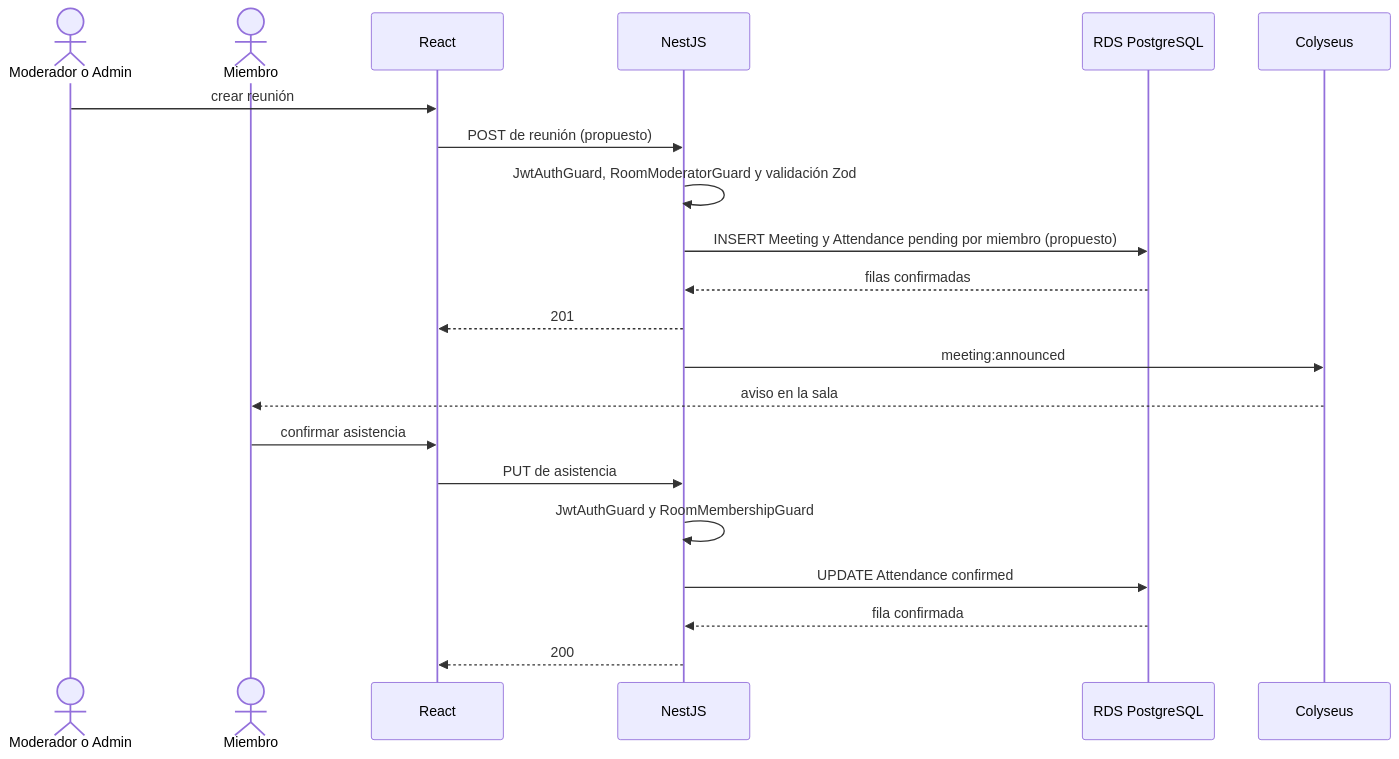
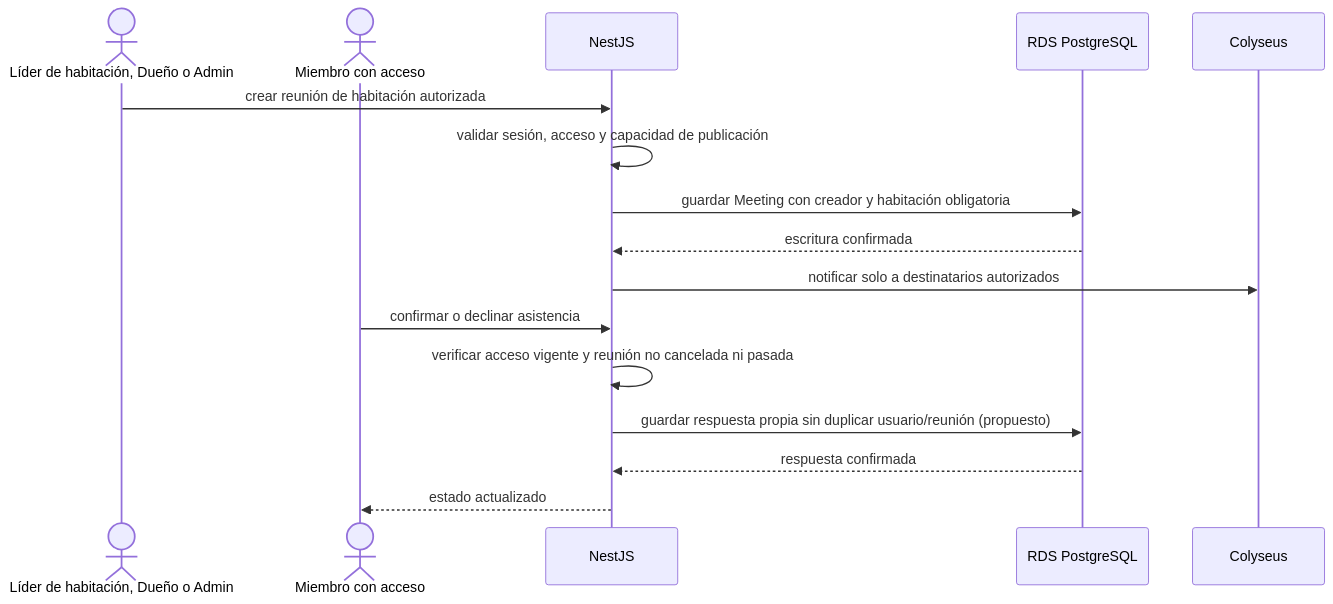
One commit to Agustin742/integratec-final-back changed the fourth of 6 diagrams in docs/diagrams/04-behavioral/admin-flows.md. Above: the diagram before and after it, drawn with Mermaid. The commit also changed other lines of this file, not shown here.

Commit message:
docs(diagrams): model office lifecycle and scoped administration flows

````diff
--- a/docs/diagrams/04-behavioral/admin-flows.md
+++ b/docs/diagrams/04-behavioral/admin-flows.md
@@ -129,24 +118,19 @@
 ```mermaid
 sequenceDiagram
-    actor admin as Moderador o Admin
-    actor member as Miembro
-    participant web as React
+    actor publisher as Líder de habitación, Dueño o Admin
+    actor member as Miembro con acceso
     participant api as NestJS
     participant db as RDS PostgreSQL
-    participant colyseus as Colyseus
+    participant col as Colyseus
 
-    admin->>web: crear reunión
-    web->>api: POST de reunión (propuesto)
-    api->>api: JwtAuthGuard, RoomModeratorGuard y validación Zod
-    api->>db: INSERT Meeting y Attendance pending por miembro (propuesto)
-    db-->>api: filas confirmadas
-    api-->>web: 201
-    api->>colyseus: meeting:announced
-    colyseus-->>member: aviso en la sala
-    member->>web: confirmar asistencia
-    web->>api: PUT de asistencia
-    api->>api: JwtAuthGuard y RoomMembershipGuard
-    api->>db: UPDATE Attendance confirmed
-    db-->>api: fila confirmada
-    api-->>web: 200
+    publisher->>api: crear reunión de habitación autorizada
+    api->>api: validar sesión, acceso y capacidad de publicación
+    api->>db: guardar Meeting con creador y habitación obligatoria
+    db-->>api: escritura confirmada
+    api->>col: notificar solo a destinatarios autorizados
+    member->>api: confirmar o declinar asistencia
+    api->>api: verificar acceso vigente y reunión no cancelada ni pasada
+    api->>db: guardar respuesta propia sin duplicar usuario/reunión (propuesto)
+    db-->>api: respuesta confirmada
+    api-->>member: estado actualizado
 ```
````
